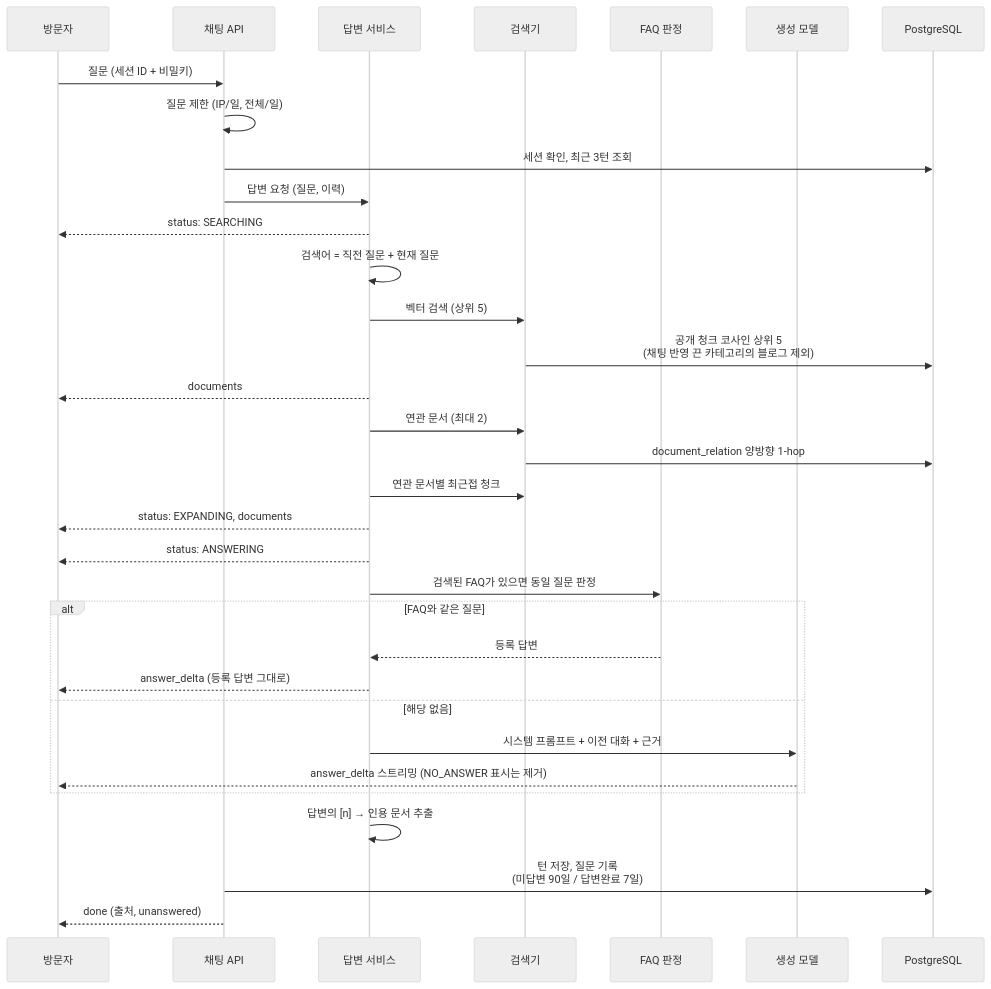
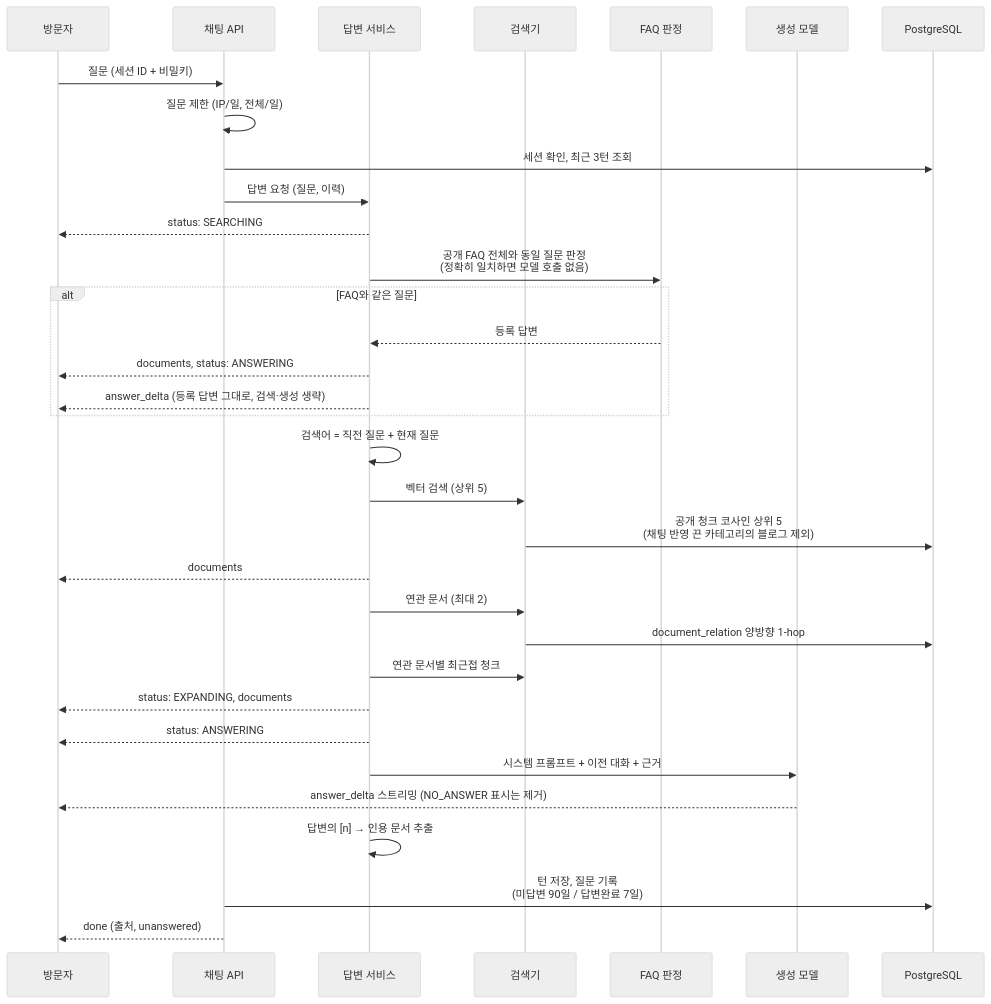
The fifth of 12 diagrams in docs/02-design/RAG_ARCHITECTURE_OVERVIEW.md (sonic0506/sonic-portfolio-ai-workspace), drawn with Mermaid (neutral theme) before and after one commit. The commit also changed other lines of this file and 6 other files, not shown here.

````diff
--- a/docs/02-design/RAG_ARCHITECTURE_OVERVIEW.md
+++ b/docs/02-design/RAG_ARCHITECTURE_OVERVIEW.md
@@ -266,40 +265,40 @@
 ```mermaid
 sequenceDiagram
     participant V as 방문자
     participant C as 채팅 API
     participant S as 답변 서비스
     participant R as 검색기
     participant F as FAQ 판정
     participant G as 생성 모델
     participant DB as PostgreSQL
 
     V->>C: 질문 (세션 ID + 비밀키)
     C->>C: 질문 제한 (IP/일, 전체/일)
     C->>DB: 세션 확인, 최근 3턴 조회
     C->>S: 답변 요청 (질문, 이력)
 
     S-->>V: status: SEARCHING
+    S->>F: 공개 FAQ 전체와 동일 질문 판정<br/>(정확히 일치하면 모델 호출 없음)
+    alt FAQ와 같은 질문
+        F-->>S: 등록 답변
+        S-->>V: documents, status: ANSWERING
+        S-->>V: answer_delta (등록 답변 그대로, 검색·생성 생략)
+    end
     S->>S: 검색어 = 직전 질문 + 현재 질문
     S->>R: 벡터 검색 (상위 5)
     R->>DB: 공개 청크 코사인 상위 5<br/>(채팅 반영 끈 카테고리의 블로그 제외)
     S-->>V: documents
 
     S->>R: 연관 문서 (최대 2)
     R->>DB: document_relation 양방향 1-hop
     S->>R: 연관 문서별 최근접 청크
     S-->>V: status: EXPANDING, documents
 
     S-->>V: status: ANSWERING
-    S->>F: 검색된 FAQ가 있으면 동일 질문 판정
-    alt FAQ와 같은 질문
-        F-->>S: 등록 답변
-        S-->>V: answer_delta (등록 답변 그대로)
-    else 해당 없음
-        S->>G: 시스템 프롬프트 + 이전 대화 + 근거
-        G-->>V: answer_delta 스트리밍 (NO_ANSWER 표시는 제거)
-    end
+    S->>G: 시스템 프롬프트 + 이전 대화 + 근거
+    G-->>V: answer_delta 스트리밍 (NO_ANSWER 표시는 제거)
 
     S->>S: 답변의 [n] → 인용 문서 추출
     C->>DB: 턴 저장, 질문 기록<br/>(미답변 90일 / 답변완료 7일)
     C-->>V: done (출처, unanswered)
 ```
````
